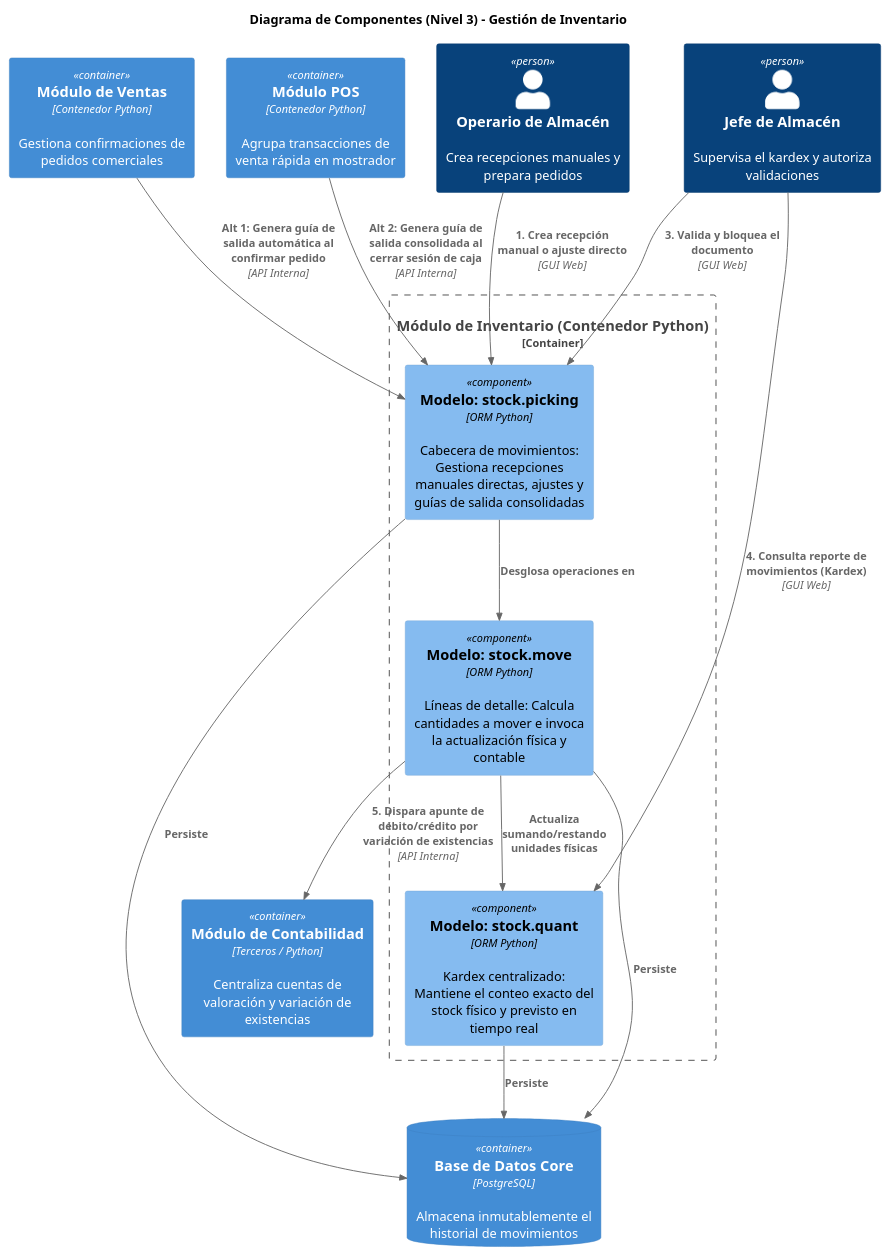
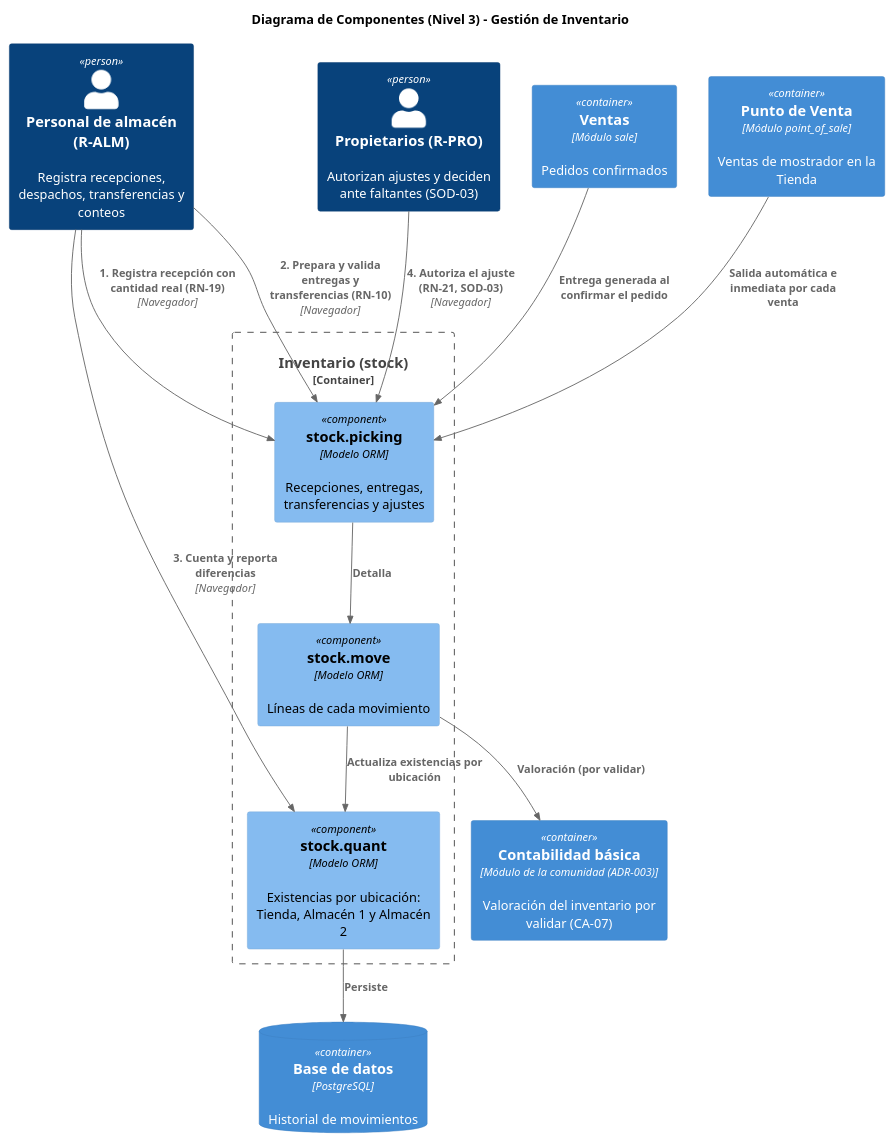
The diagram in arquitectura/vistas/c4/fuentes/componentes/inventario.puml (dieg0-29/migal-erp), drawn with PlantUML before and after one commit. The commit also changed 10 other files, not shown here.

Commit message:
docs(vistas): alinear diagramas C4 con los flujos actuales

```diff
--- a/arquitectura/vistas/c4/fuentes/componentes/inventario.puml
+++ b/arquitectura/vistas/c4/fuentes/componentes/inventario.puml
@@ -1,50 +1,31 @@
 @startuml
 !include https://raw.githubusercontent.com/plantuml-stdlib/C4-PlantUML/master/C4_Component.puml
 
 title Diagrama de Componentes (Nivel 3) - Gestión de Inventario
 
-' Actores del Flujo
-Person(operario, "Operario de Almacén", "Crea recepciones manuales y prepara pedidos")
-Person(jefe, "Jefe de Almacén", "Supervisa el kardex y autoriza validaciones")
+Person(alm, "Personal de almacén (R-ALM)", "Registra recepciones, despachos, transferencias y conteos")
+Person(prop, "Propietarios (R-PRO)", "Autorizan ajustes y deciden ante faltantes (SOD-03)")
 
-' Contenedores Externos que interactúan con Inventario
-Container(sales_mod, "Módulo de Ventas", "Contenedor Python", "Gestiona confirmaciones de pedidos comerciales")
-Container(pos_mod, "Módulo POS", "Contenedor Python", "Agrupa transacciones de venta rápida en mostrador")
-Container(acc_mod, "Módulo de Contabilidad", "Terceros / Python", "Centraliza cuentas de valoración y variación de existencias")
+Container(sales_mod, "Ventas", "Módulo sale", "Pedidos confirmados")
+Container(pos_mod, "Punto de Venta", "Módulo point_of_sale", "Ventas de mostrador en la Tienda")
+Container(acc_mod, "Contabilidad básica", "Módulo de la comunidad (ADR-003)", "Valoración del inventario por validar (CA-07)")
 
-' Límite del Contenedor Principal: MÓDULO DE INVENTARIO
-Container_Boundary(inv_app, "Módulo de Inventario (Contenedor Python)") {
-    
-    Component(stock_picking, "Modelo: stock.picking", "ORM Python", "Cabecera de movimientos: Gestiona recepciones manuales directas, ajustes y guías de salida consolidadas")
-    
-    Component(stock_move, "Modelo: stock.move", "ORM Python", "Líneas de detalle: Calcula cantidades a mover e invoca la actualización física y contable")
-    
-    Component(stock_quant, "Modelo: stock.quant", "ORM Python", "Kardex centralizado: Mantiene el conteo exacto del stock físico y previsto en tiempo real")
+Container_Boundary(inv_app, "Inventario (stock)") {
+    Component(stock_picking, "stock.picking", "Modelo ORM", "Recepciones, entregas, transferencias y ajustes")
+    Component(stock_move, "stock.move", "Modelo ORM", "Líneas de cada movimiento")
+    Component(stock_quant, "stock.quant", "Modelo ORM", "Existencias por ubicación: Tienda, Almacén 1 y Almacén 2")
 }
 
-ContainerDb(db, "Base de Datos Core", "PostgreSQL", "Almacena inmutablemente el historial de movimientos")
+ContainerDb(db, "Base de datos", "PostgreSQL", "Historial de movimientos")
 
-' --- RELACIONES DEL FLUJO PRINCIPAL Y ALTERNATIVOS ---
-
-' Flujo Principal: Ingreso Manual y Ajuste
-Rel(operario, stock_picking, "1. Crea recepción manual o ajuste directo", "GUI Web")
-Rel(jefe, stock_picking, "3. Valida y bloquea el documento", "GUI Web")
-Rel(jefe, stock_quant, "4. Consulta reporte de movimientos (Kardex)", "GUI Web")
-
-' Flujos Alternativos (Desencadenantes desde otros módulos)
-Rel(sales_mod, stock_picking, "Alt 1: Genera guía de salida automática al confirmar pedido", "API Interna")
-Rel(pos_mod, stock_picking, "Alt 2: Genera guía de salida consolidada al cerrar sesión de caja", "API Interna")
-
-' Lógica Interna del Inventario (ORM)
-Rel(stock_picking, stock_move, "Desglosa operaciones en")
-Rel(stock_move, stock_quant, "Actualiza sumando/restando unidades físicas")
-
-' Integración Contable (Automatización)
-Rel(stock_move, acc_mod, "5. Dispara apunte de débito/crédito por variación de existencias", "API Interna")
-
-' Persistencia
-Rel(stock_picking, db, "Persiste")
-Rel(stock_move, db, "Persiste")
+Rel(alm, stock_picking, "1. Registra recepción con cantidad real (RN-19)", "Navegador")
+Rel(alm, stock_picking, "2. Prepara y valida entregas y transferencias (RN-10)", "Navegador")
+Rel(alm, stock_quant, "3. Cuenta y reporta diferencias", "Navegador")
+Rel(prop, stock_picking, "4. Autoriza el ajuste (RN-21, SOD-03)", "Navegador")
+Rel(sales_mod, stock_picking, "Entrega generada al confirmar el pedido")
+Rel(pos_mod, stock_picking, "Salida automática e inmediata por cada venta")
+Rel(stock_picking, stock_move, "Detalla")
+Rel(stock_move, stock_quant, "Actualiza existencias por ubicación")
+Rel(stock_move, acc_mod, "Valoración (por validar)")
 Rel(stock_quant, db, "Persiste")
-
 @enduml
```
